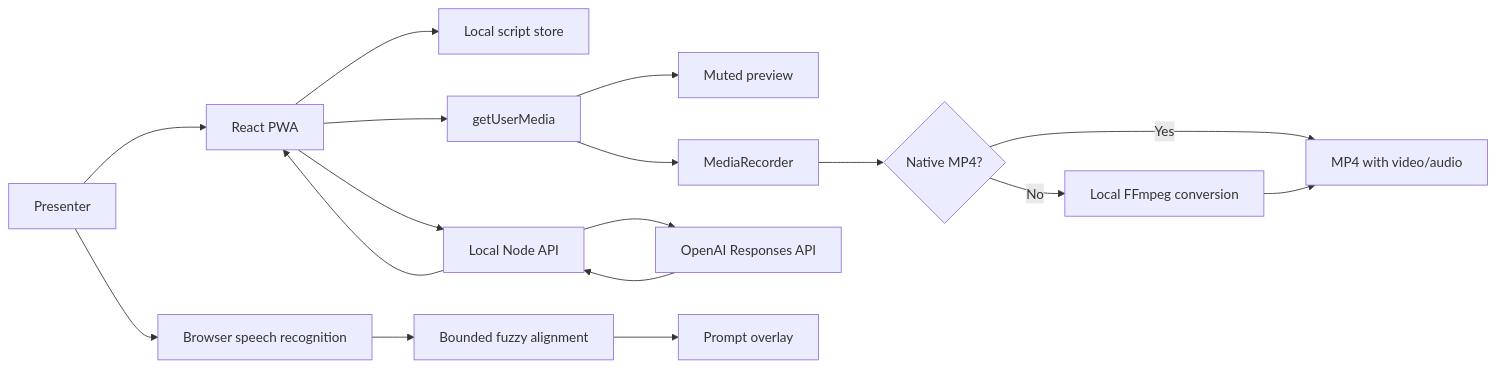
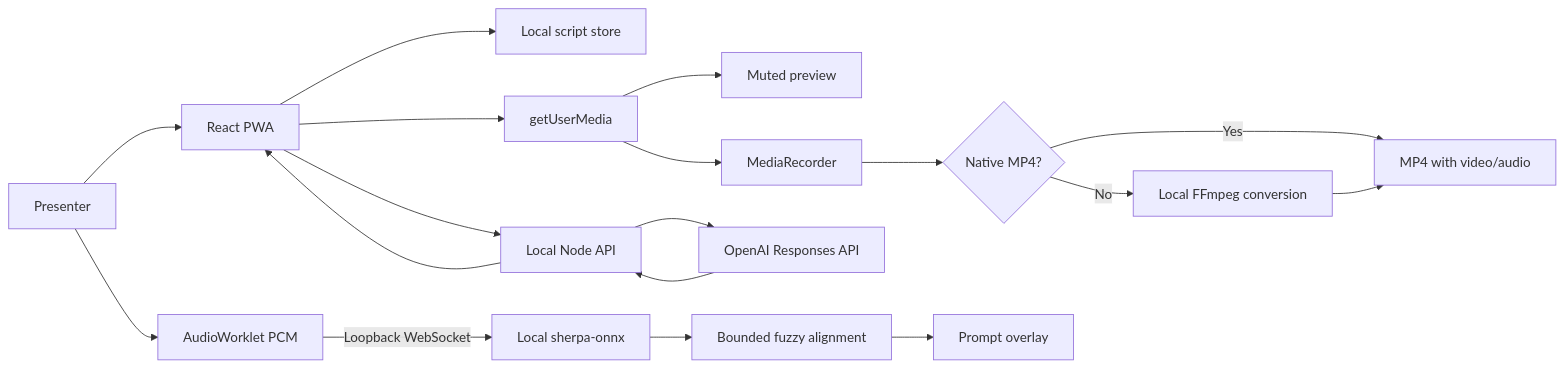
One commit to ReleasedGroup/PrompterPro changed the diagram in docs/ARCHITECTURE.md. Above: the diagram before and after it, drawn with Mermaid. The commit also changed other lines of this file and 21 other files, not shown here.

Commit message:
feat: add offline streaming speech recognition

````diff
--- a/docs/ARCHITECTURE.md
+++ b/docs/ARCHITECTURE.md
@@ -12,19 +12,20 @@
 ```mermaid
 flowchart LR
   U["Presenter"] --> UI["React PWA"]
   UI --> LS["Local script store"]
   UI --> CAM["getUserMedia"]
   CAM --> PREVIEW["Muted preview"]
   CAM --> REC["MediaRecorder"]
   REC --> MP4{"Native MP4?"}
   MP4 -->|"Yes"| FILE["MP4 with video/audio"]
   MP4 -->|"No"| FFMPEG["Local FFmpeg conversion"]
   FFMPEG --> FILE
-  U --> STT["Browser speech recognition"]
+  U --> PCM["AudioWorklet PCM"]
+  PCM -->|"Loopback WebSocket"| STT["Local sherpa-onnx"]
   STT --> ALIGN["Bounded fuzzy alignment"]
   ALIGN --> OVERLAY["Prompt overlay"]
   UI --> API["Local Node API"]
   API --> OAI["OpenAI Responses API"]
   OAI --> API
   API --> UI
 ```
````
